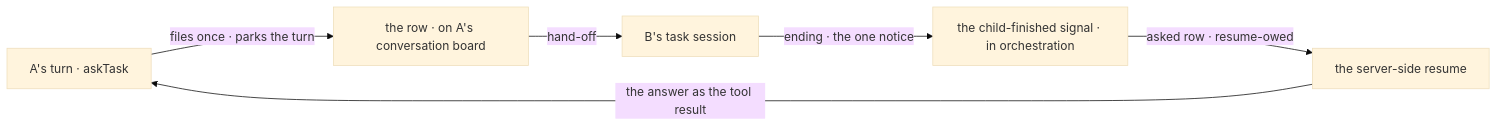
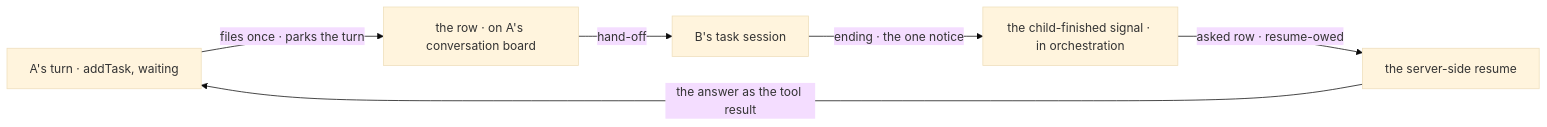
One commit to fixpoint-labs/flow-state-dev changed the second of 2 diagrams in specs/issues/FIX-1816/SPEC.md. Above: the diagram before and after it, drawn with Mermaid (base theme). The commit also changed other lines of this file and 7 other files, not shown here.

First line of the commit message:
spec(FIX-1816): fold askTask into addTask as waitForResponse

````diff
--- a/specs/issues/FIX-1816/SPEC.md
+++ b/specs/issues/FIX-1816/SPEC.md
@@ -67,8 +67,8 @@
 ```mermaid
 flowchart LR
-  T["A's turn · askTask"] -->|"files once · parks the turn"| R["the row · on A's conversation board"]
+  T["A's turn · addTask, waiting"] -->|"files once · parks the turn"| R["the row · on A's conversation board"]
   R -->|"hand-off"| B["B's task session"]
   B -->|"ending · the one notice"| S["the child-finished signal · in orchestration"]
   S -->|"asked row · resume-owed"| V["the server-side resume"]
   V -->|"the answer as the tool result"| T
 ```
````
